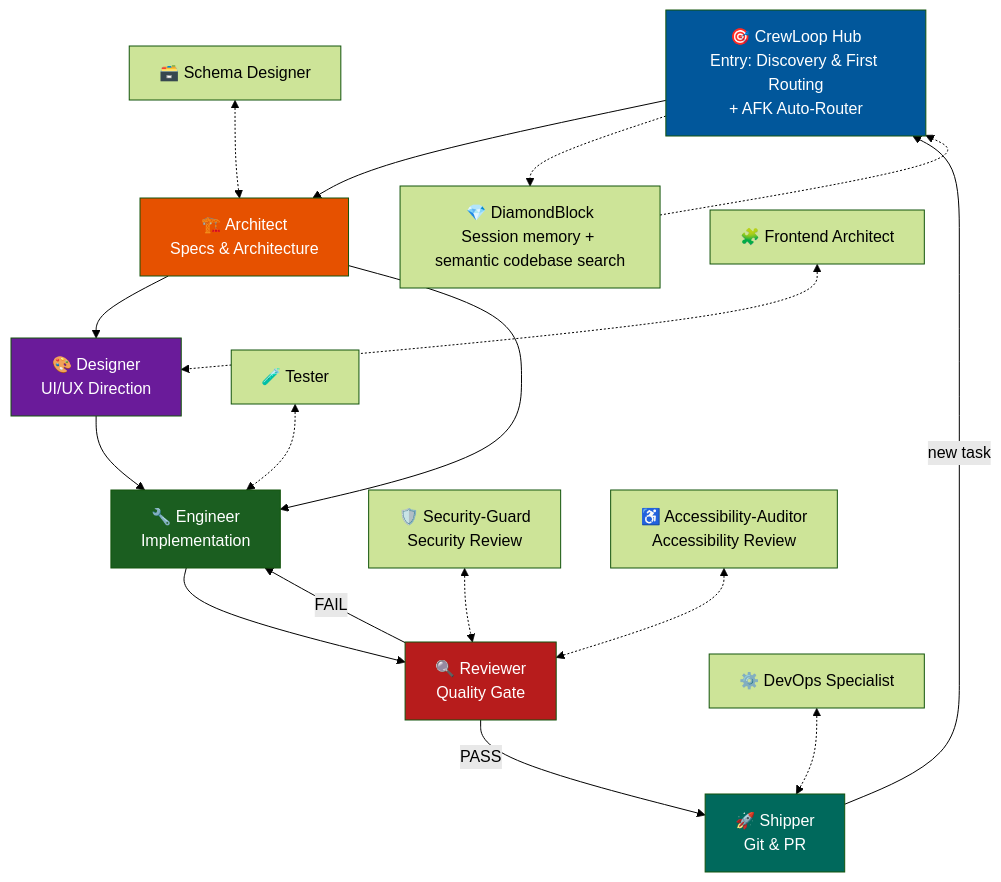
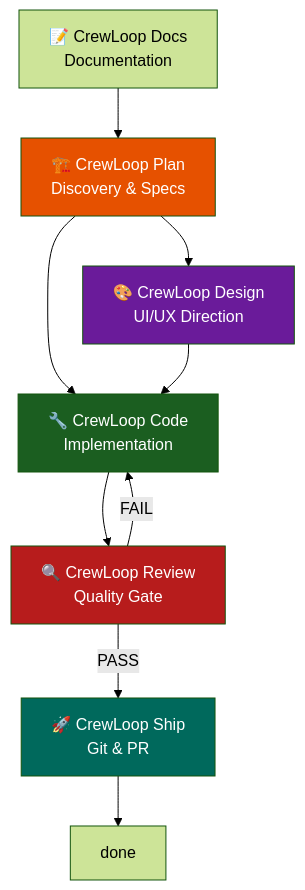
The diagram in references/workflow.md (leorsousa05/CrewLoop), drawn with Mermaid (forest theme) before and after one commit. The commit also changed other lines of this file and 117 other files, not shown here.

First line of the commit message:
feat(skills): finalize skill namespace reduction and automatic routing specs

````diff
--- a/references/workflow.md
+++ b/references/workflow.md
@@ -38,27 +26,18 @@
 ```mermaid
 flowchart TD
-    O["🎯 CrewLoop Hub<br>Entry: Discovery & First Routing<br>+ AFK Auto-Router"] --> A["🏗️ Architect<br>Specs & Architecture"]
-    O -.-> DB["💎 DiamondBlock<br>Session memory + semantic codebase search"]
-    DB -.-> O
-    A --> D["🎨 Designer<br>UI/UX Direction"]
-    A --> E["🔧 Engineer<br>Implementation"]
-    D --> E
-    E --> R["🔍 Reviewer<br>Quality Gate"]
-    R -->|PASS| S["🚀 Shipper<br>Git & PR"]
-    R -->|FAIL| E
-    S -->|new task| O
+    P["🏗️ CrewLoop Plan<br>Discovery & Specs"] --> D["🎨 CrewLoop Design<br>UI/UX Direction"]
+    P --> C["🔧 CrewLoop Code<br>Implementation"]
+    D --> C
+    C --> R["🔍 CrewLoop Review<br>Quality Gate"]
+    R -->|PASS| S["🚀 CrewLoop Ship<br>Git & PR"]
+    R -->|FAIL| C
+    S --> done
 
-    SG["🛡️ Security-Guard<br>Security Review"] <-.-> R
-    AA["♿ Accessibility-Auditor<br>Accessibility Review"] <-.-> R
-    SD["🗃️ Schema Designer"] <-.-> A
-    FA["🧩 Frontend Architect"] <-.-> D
-    DO["⚙️ DevOps Specialist"] <-.-> S
-    T["🧪 Tester"] <-.-> E
+    DO["📝 CrewLoop Docs<br>Documentation"] --> P
 
-    style O fill:#01579b,color:#fff
-    style A fill:#e65100,color:#fff
+    style P fill:#e65100,color:#fff
     style D fill:#6a1b9a,color:#fff
-    style E fill:#1b5e20,color:#fff
+    style C fill:#1b5e20,color:#fff
     style R fill:#b71c1c,color:#fff
     style S fill:#00695c,color:#fff
 ```
````
